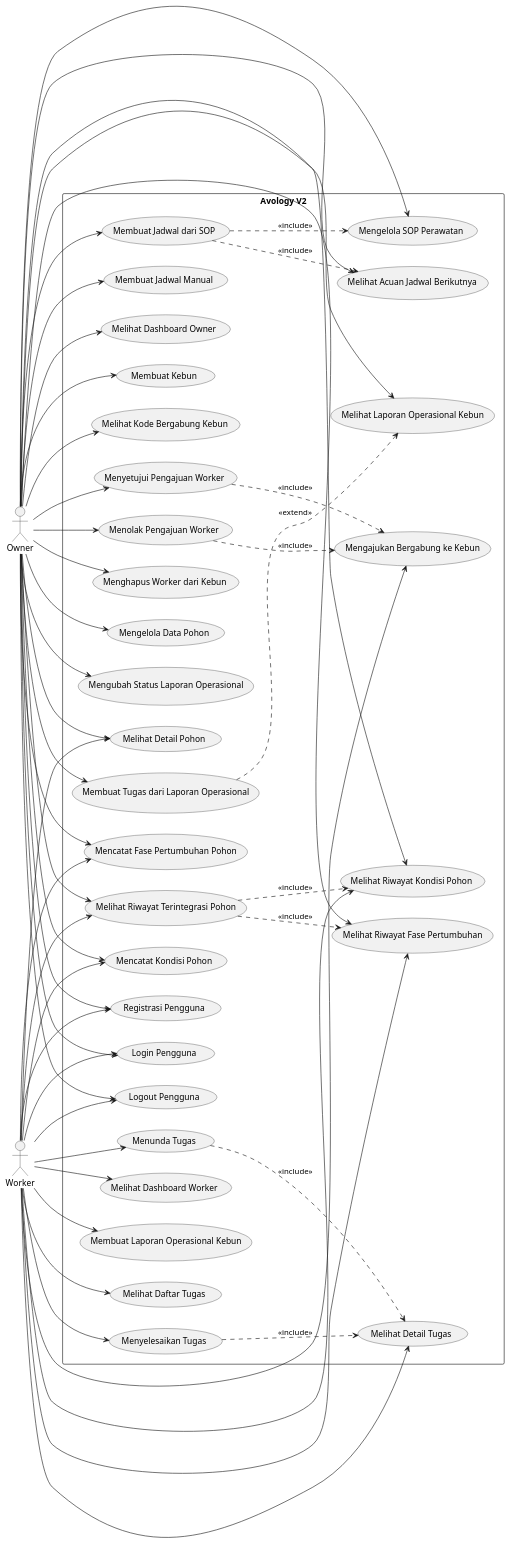
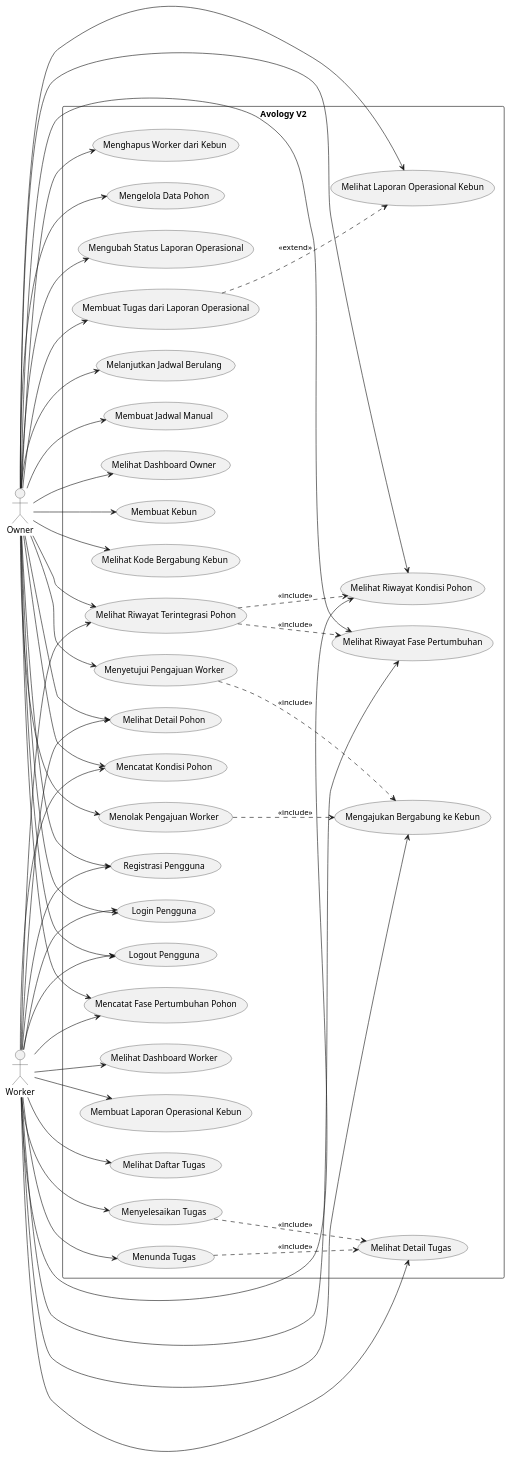
Before and after one commit to LittleBoss119/avology-mobile-2: the diagram in docs/keep/source-of-truth/07-use-case.md, drawn with PlantUML. The commit also changed other lines of this file and 49 other files, not shown here.

```diff
--- a/docs/keep/source-of-truth/07-use-case.md
+++ b/docs/keep/source-of-truth/07-use-case.md
@@ -135,9 +148,7 @@
   usecase "Mengubah Status Laporan Operasional" as UC16
   usecase "Membuat Tugas dari Laporan Operasional" as UC17
 
-  usecase "Mengelola SOP Perawatan" as UC18
-  usecase "Melihat Acuan Jadwal Berikutnya" as UC19
-  usecase "Membuat Jadwal dari SOP" as UC20
+  usecase "Melanjutkan Jadwal Berulang" as UC19
   usecase "Membuat Jadwal Manual" as UC21
 
   usecase "Melihat Daftar Tugas" as UC22
@@ -168,9 +179,7 @@
 Owner --> UC15
 Owner --> UC16
 Owner --> UC17
-Owner --> UC18
 Owner --> UC19
-Owner --> UC20
 Owner --> UC21
 Owner --> UC26
 Owner --> UC27
@@ -197,8 +206,6 @@
 UC07 ..> UC06 : <<include>>
 UC08 ..> UC06 : <<include>>
 UC17 ..> UC15 : <<extend>>
-UC20 ..> UC18 : <<include>>
-UC20 ..> UC19 : <<include>>
 UC24 ..> UC23 : <<include>>
 UC25 ..> UC23 : <<include>>
 UC28 ..> UC13 : <<include>>
```
